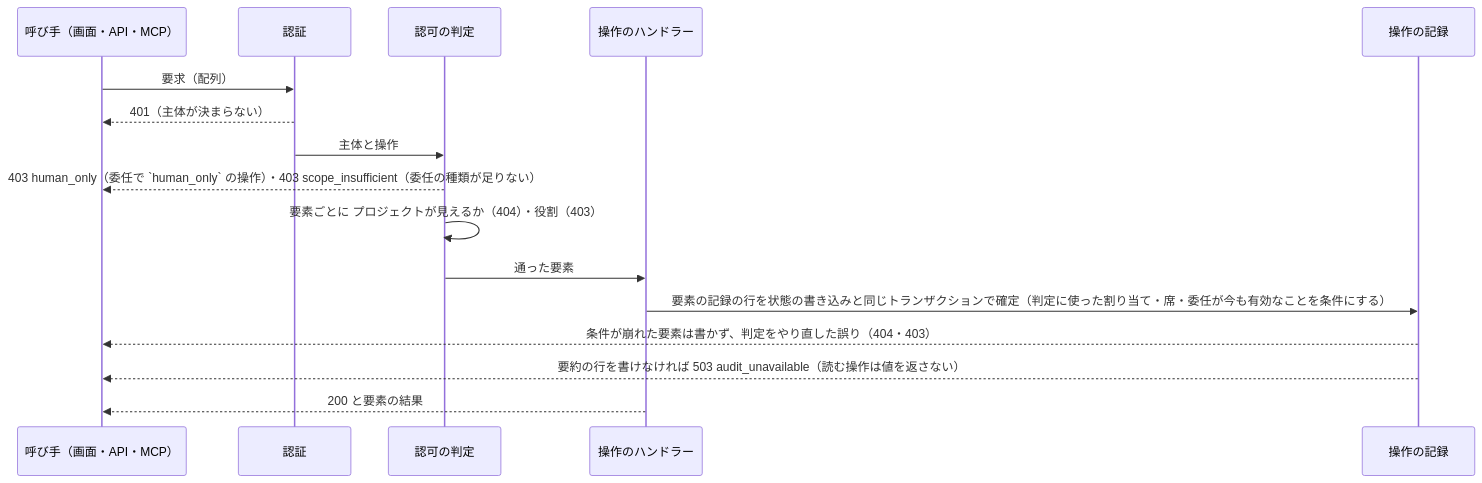
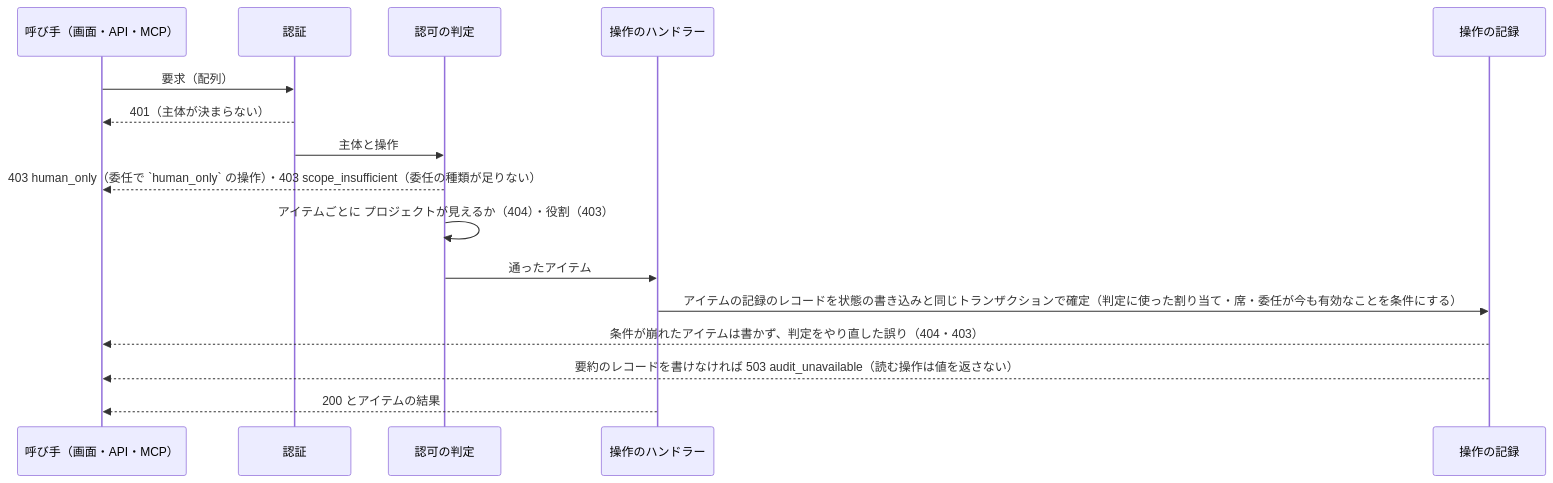
One commit to devbasex/nd-factory changed the first of 3 diagrams in docs/design/api.md. Above: the diagram before and after it, drawn with Mermaid. The commit also changed other lines of this file and 22 other files, not shown here.

````diff
--- a/docs/design/api.md
+++ b/docs/design/api.md
@@ -433,18 +433,18 @@
 ```mermaid
 sequenceDiagram
     participant C as 呼び手（画面・API・MCP）
     participant A as 認証
     participant Z as 認可の判定
     participant H as 操作のハンドラー
     participant L as 操作の記録
     C->>A: 要求（配列）
     A-->>C: 401（主体が決まらない）
     A->>Z: 主体と操作
     Z-->>C: 403 human_only（委任で `human_only` の操作）・403 scope_insufficient（委任の種類が足りない）
-    Z->>Z: 要素ごとに プロジェクトが見えるか（404）・役割（403）
-    Z->>H: 通った要素
-    H->>L: 要素の記録の行を状態の書き込みと同じトランザクションで確定（判定に使った割り当て・席・委任が今も有効なことを条件にする）
-    L-->>C: 条件が崩れた要素は書かず、判定をやり直した誤り（404・403）
-    L-->>C: 要約の行を書けなければ 503 audit_unavailable（読む操作は値を返さない）
-    H-->>C: 200 と要素の結果
+    Z->>Z: アイテムごとに プロジェクトが見えるか（404）・役割（403）
+    Z->>H: 通ったアイテム
+    H->>L: アイテムの記録のレコードを状態の書き込みと同じトランザクションで確定（判定に使った割り当て・席・委任が今も有効なことを条件にする）
+    L-->>C: 条件が崩れたアイテムは書かず、判定をやり直した誤り（404・403）
+    L-->>C: 要約のレコードを書けなければ 503 audit_unavailable（読む操作は値を返さない）
+    H-->>C: 200 とアイテムの結果
 ```
````
